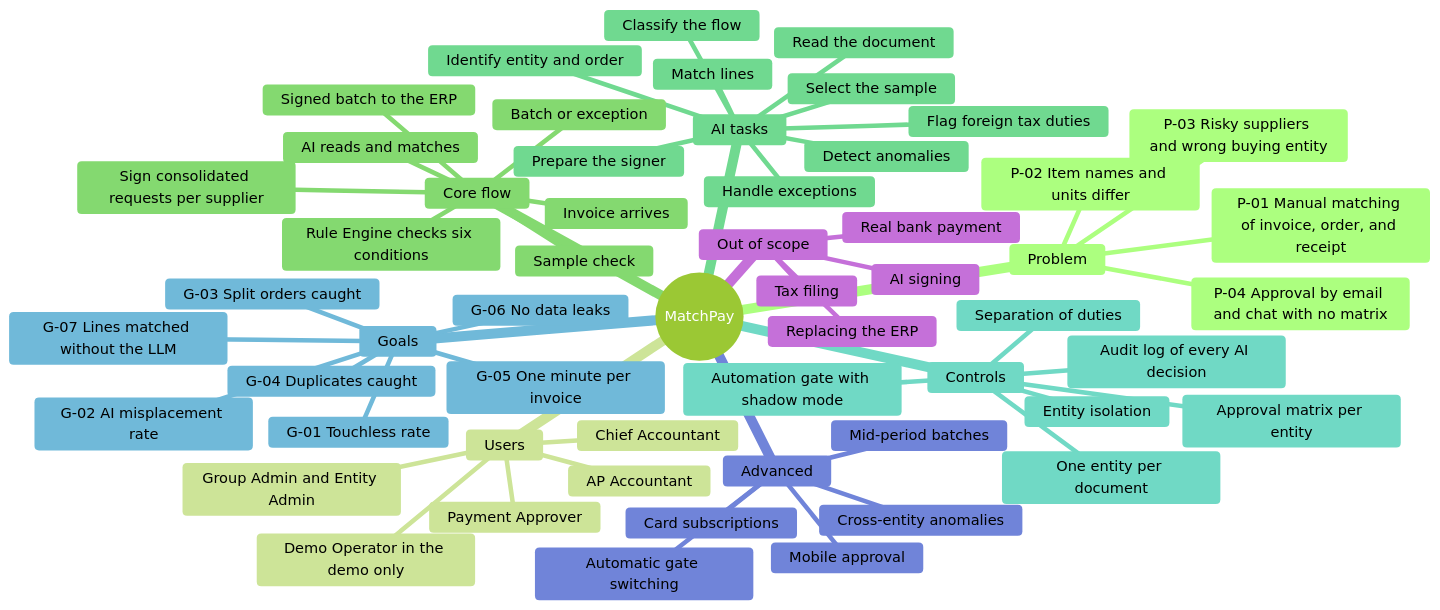
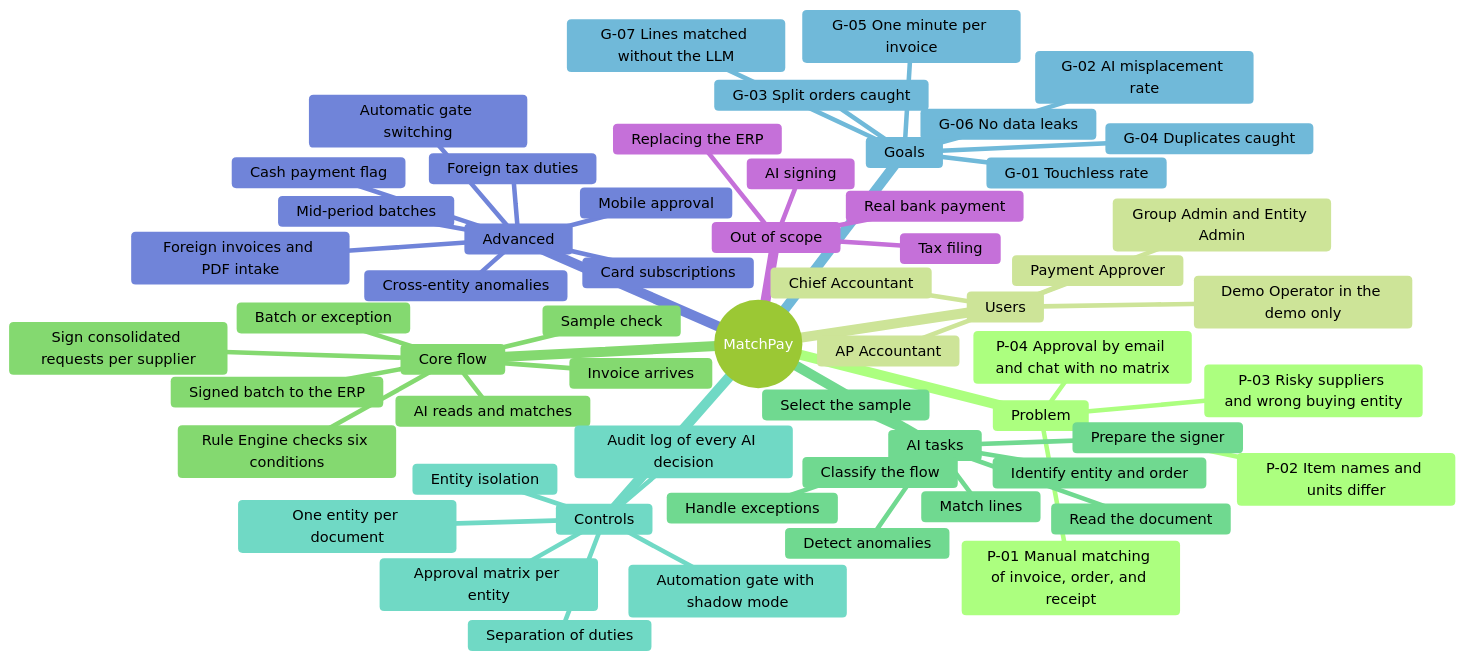
The diagram in docs/mindmap.md (minhtuann1102/MatchPay), drawn with Mermaid (forest theme) before and after one commit. The commit also changed 23 other files, not shown here.

First line of the commit message:
docs: remove foreign invoices and the cash flag from the MVP (D-33)

````diff
--- a/docs/mindmap.md
+++ b/docs/mindmap.md
@@ -9,59 +9,61 @@
 ```mermaid
 mindmap
   root((MatchPay))
     Problem
       P-01 Manual matching of invoice, order, and receipt
       P-02 Item names and units differ
       P-03 Risky suppliers and wrong buying entity
       P-04 Approval by email and chat with no matrix
     Users
       AP Accountant
       Chief Accountant
       Payment Approver
       Group Admin and Entity Admin
       Demo Operator in the demo only
     Core flow
       Invoice arrives
       AI reads and matches
       Rule Engine checks six conditions
       Batch or exception
       Sample check
       Sign consolidated requests per supplier
       Signed batch to the ERP
     AI tasks
       Classify the flow
       Read the document
       Identify entity and order
       Match lines
       Detect anomalies
       Handle exceptions
-      Flag foreign tax duties
       Select the sample
       Prepare the signer
     Controls
       One entity per document
       Separation of duties
       Approval matrix per entity
       Automation gate with shadow mode
       Audit log of every AI decision
       Entity isolation
     Goals
       G-01 Touchless rate
       G-02 AI misplacement rate
       G-03 Split orders caught
       G-04 Duplicates caught
       G-05 One minute per invoice
       G-06 No data leaks
       G-07 Lines matched without the LLM
     Advanced
       Automatic gate switching
       Cross-entity anomalies
       Card subscriptions
       Mid-period batches
       Mobile approval
+      Foreign invoices and PDF intake
+      Foreign tax duties
+      Cash payment flag
     Out of scope
       Real bank payment
       Tax filing
       Replacing the ERP
       AI signing
 ```
````
